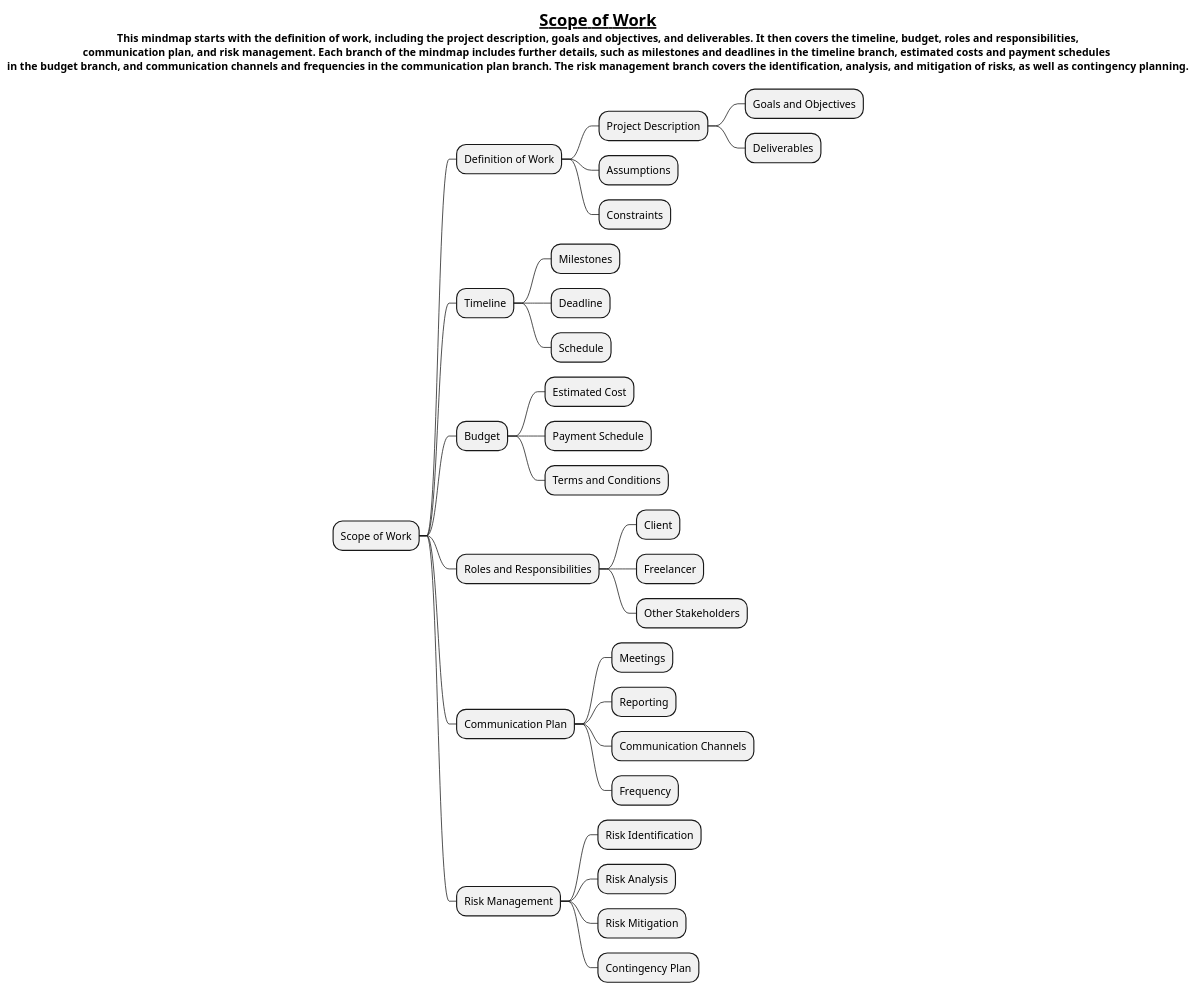
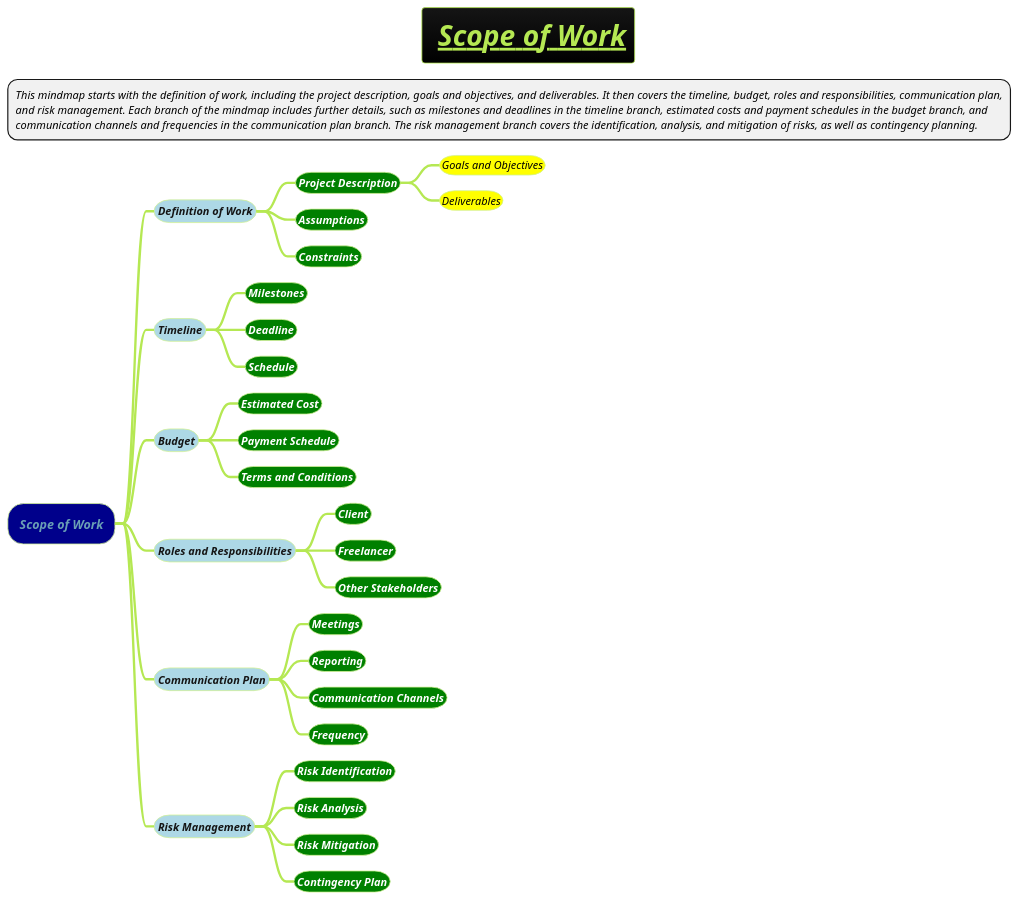
The diagram in docs/1-business-analyst/client-management/Scope-of-Work.puml (MehmoodHashmi/Documentation-as-Code-DaC), drawn with PlantUML before and after one commit. The commit also changed 11 other files, not shown here.

```diff
--- a/docs/1-business-analyst/client-management/Scope-of-Work.puml
+++ b/docs/1-business-analyst/client-management/Scope-of-Work.puml
@@ -1,38 +1,37 @@
 @startmindmap
-title = __Scope of Work__ \n This mindmap starts with the definition of work, including the project description, goals and objectives, and deliverables. It then covers the timeline, budget, roles and responsibilities, \ncommunication plan, and risk management. Each branch of the mindmap includes further details, such as milestones and deadlines in the timeline branch, estimated costs and payment schedules \nin the budget branch, and communication channels and frequencies in the communication plan branch. The risk management branch covers the identification, analysis, and mitigation of risks, as well as contingency planning.
+title =<b><u><i> Scope of Work
+*:<i><color #blac><size:14>This mindmap starts with the definition of work, including the project description, goals and objectives, and deliverables. It then covers the timeline, budget, roles and responsibilities, communication plan,
+<i><color #blac><size:14>and risk management. Each branch of the mindmap includes further details, such as milestones and deadlines in the timeline branch, estimated costs and payment schedules in the budget branch, and
+<i><color #blac><size:14>communication channels and frequencies in the communication plan branch. The risk management branch covers the identification, analysis, and mitigation of risks, as well as contingency planning.;
+!theme hacker
 
-
-
-
-
-
-* Scope of Work
-** Definition of Work
-*** Project Description
-**** Goals and Objectives
-**** Deliverables
-*** Assumptions
-*** Constraints
-** Timeline
-*** Milestones
-*** Deadline
-*** Schedule
-** Budget
-*** Estimated Cost
-*** Payment Schedule
-*** Terms and Conditions
-** Roles and Responsibilities
-*** Client
-*** Freelancer
-*** Other Stakeholders
-** Communication Plan
-*** Meetings
-*** Reporting
-*** Communication Channels
-*** Frequency
-** Risk Management
-*** Risk Identification
-*** Risk Analysis
-*** Risk Mitigation
-*** Contingency Plan
+*[#darkblue] <i>Scope of Work
+**[#lightblue] <i><color #blac><size:14>Definition of Work
+***[#green] <b><i><color #white><size:14>Project Description
+****[#yellow] <i><color #black><size:14>Goals and Objectives
+****[#yellow] <i><color #black><size:14>Deliverables
+***[#green] <b><i><color #white><size:14>Assumptions
+***[#green] <b><i><color #white><size:14>Constraints
+**[#lightblue] <i><color #blac><size:14>Timeline
+***[#green] <b><i><color #white><size:14>Milestones
+***[#green] <b><i><color #white><size:14>Deadline
+***[#green] <b><i><color #white><size:14>Schedule
+**[#lightblue] <i><color #blac><size:14>Budget
+***[#green] <b><i><color #white><size:14>Estimated Cost
+***[#green] <b><i><color #white><size:14>Payment Schedule
+***[#green] <b><i><color #white><size:14>Terms and Conditions
+**[#lightblue] <i><color #blac><size:14>Roles and Responsibilities
+***[#green] <b><i><color #white><size:14>Client
+***[#green] <b><i><color #white><size:14>Freelancer
+***[#green] <b><i><color #white><size:14>Other Stakeholders
+**[#lightblue] <i><color #blac><size:14>Communication Plan
+***[#green] <b><i><color #white><size:14>Meetings
+***[#green] <b><i><color #white><size:14>Reporting
+***[#green] <b><i><color #white><size:14>Communication Channels
+***[#green] <b><i><color #white><size:14>Frequency
+**[#lightblue] <i><color #blac><size:14>Risk Management
+***[#green] <b><i><color #white><size:14>Risk Identification
+***[#green] <b><i><color #white><size:14>Risk Analysis
+***[#green] <b><i><color #white><size:14>Risk Mitigation
+***[#green] <b><i><color #white><size:14>Contingency Plan
 @endmindmap
```
